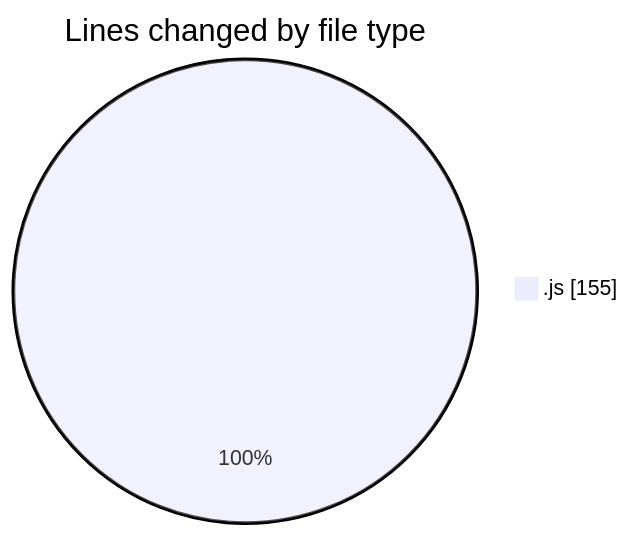
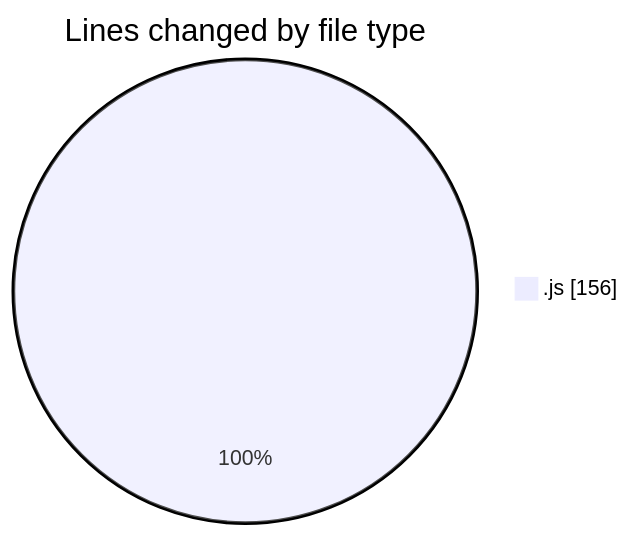
The first of 2 diagrams in 2025-07-28/javascript/README.md (Ritupan-Deka/code-tracking), drawn with Mermaid before and after one commit. The commit also changed other lines of this file and 1 other file, not shown here.

````diff
--- a/2025-07-28/javascript/README.md
+++ b/2025-07-28/javascript/README.md
@@ -20,5 +20,5 @@
 ```mermaid
 pie showData
 title Lines changed by file type
-".js" : 155
+".js" : 156
 ```
````
